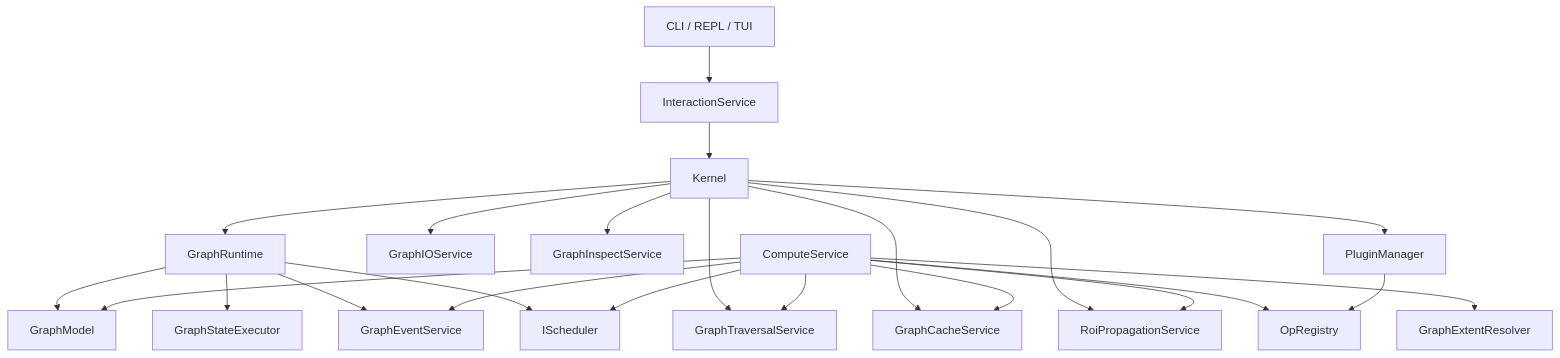
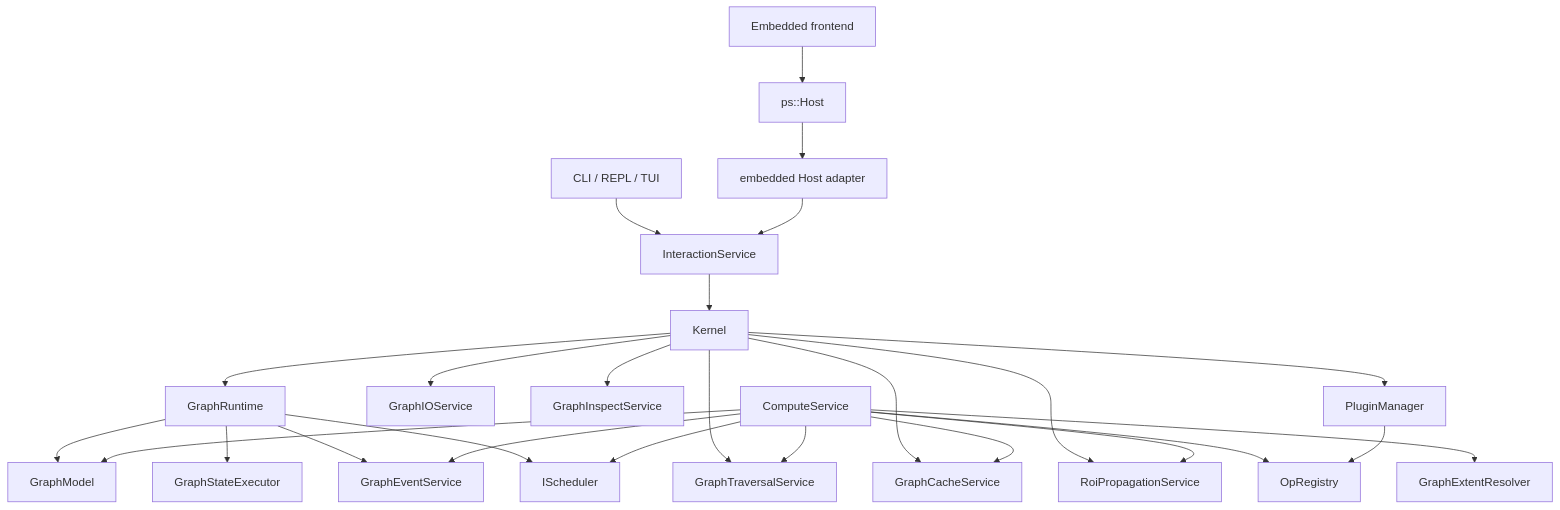
Before and after one commit to kevin-zf1123/photospider: the diagram in docs/kernel-architecture/Overview.md, drawn with Mermaid. The commit also changed other lines of this file and 9 other files, not shown here.

````diff
--- a/docs/kernel-architecture/Overview.md
+++ b/docs/kernel-architecture/Overview.md
@@ -51,29 +51,32 @@
 ```mermaid
 graph TD
     CLI["CLI / REPL / TUI"] --> InteractionService
+    Frontend["Embedded frontend"] --> Host["ps::Host"]
+    Host --> EmbeddedHost["embedded Host adapter"]
+    EmbeddedHost --> InteractionService
     InteractionService --> Kernel
 
     Kernel --> GraphRuntime
     Kernel --> GraphIOService
     Kernel --> GraphTraversalService
     Kernel --> GraphCacheService
     Kernel --> GraphInspectService
     Kernel --> RoiPropagationService
     Kernel --> PluginManager
 
     GraphRuntime --> GraphModel
     GraphRuntime --> GraphStateExecutor
     GraphRuntime --> GraphEventService
     GraphRuntime --> IScheduler
 
     ComputeService --> GraphModel
     ComputeService --> GraphTraversalService
     ComputeService --> RoiPropagationService
     ComputeService --> GraphExtentResolver
     ComputeService --> GraphCacheService
     ComputeService --> GraphEventService
     ComputeService --> OpRegistry
     ComputeService --> IScheduler
 
     PluginManager --> OpRegistry
 ```
````
